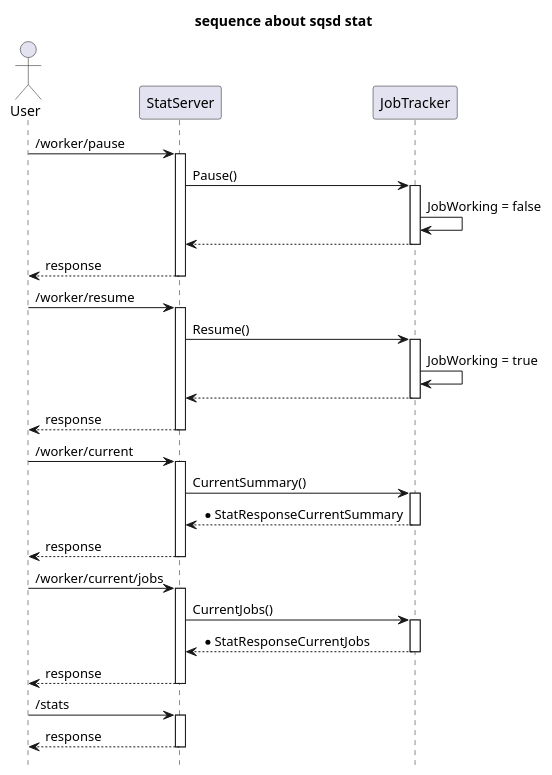
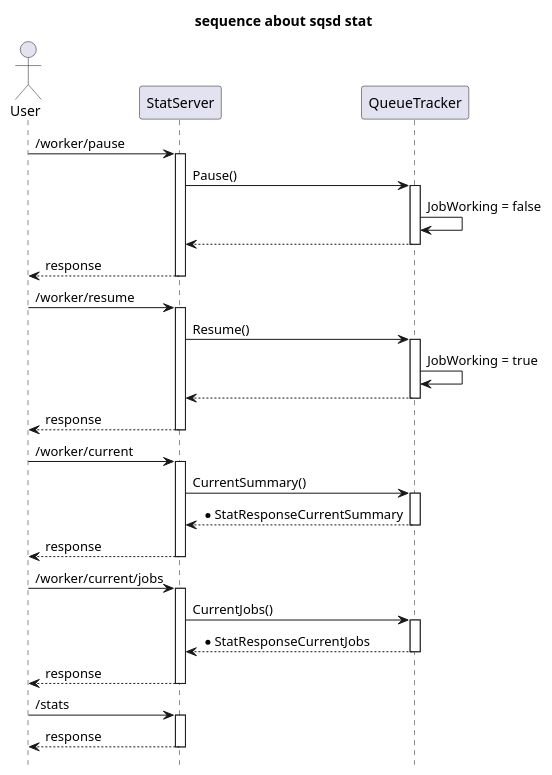
The diagram in doc/stat_sequence.puml (taiyoh/sqsd), drawn with PlantUML before and after one commit. The commit also changed 10 other files, not shown here.

Commit message:
JobTracker -> QueueTracker

```diff
--- a/doc/stat_sequence.puml
+++ b/doc/stat_sequence.puml
@@ -1,55 +1,55 @@
 @startuml
 
 title "sequence about sqsd stat"
 hide footbox
 
 actor User
 
 participant StatServer
-participant JobTracker
+participant QueueTracker
 
 User -> StatServer : /worker/pause
 activate StatServer
-StatServer -> JobTracker : Pause()
-activate JobTracker
-JobTracker -> JobTracker : JobWorking = false
-StatServer <-- JobTracker
-deactivate JobTracker
+StatServer -> QueueTracker : Pause()
+activate QueueTracker
+QueueTracker -> QueueTracker : JobWorking = false
+StatServer <-- QueueTracker
+deactivate QueueTracker
 User <-- StatServer : response
 deactivate StatServer
 
 User -> StatServer : /worker/resume
 activate StatServer
-StatServer -> JobTracker : Resume()
-activate JobTracker
-JobTracker -> JobTracker : JobWorking = true
-StatServer <-- JobTracker
-deactivate JobTracker
+StatServer -> QueueTracker : Resume()
+activate QueueTracker
+QueueTracker -> QueueTracker : JobWorking = true
+StatServer <-- QueueTracker
+deactivate QueueTracker
 User <-- StatServer : response
 deactivate StatServer
 
 User -> StatServer : /worker/current
 activate StatServer
-StatServer -> JobTracker : CurrentSummary()
-activate JobTracker
-StatServer <-- JobTracker : *StatResponseCurrentSummary
-deactivate JobTracker
+StatServer -> QueueTracker : CurrentSummary()
+activate QueueTracker
+StatServer <-- QueueTracker : *StatResponseCurrentSummary
+deactivate QueueTracker
 User <-- StatServer : response
 deactivate StatServer
 
 User -> StatServer : /worker/current/jobs
 activate StatServer
-StatServer -> JobTracker : CurrentJobs()
-activate JobTracker
-StatServer <-- JobTracker : *StatResponseCurrentJobs
-deactivate JobTracker
+StatServer -> QueueTracker : CurrentJobs()
+activate QueueTracker
+StatServer <-- QueueTracker : *StatResponseCurrentJobs
+deactivate QueueTracker
 User <-- StatServer : response
 deactivate StatServer
 
 User -> StatServer : /stats
 activate StatServer
 User <-- StatServer : response
 deactivate StatServer
 
 
 @enduml
```
